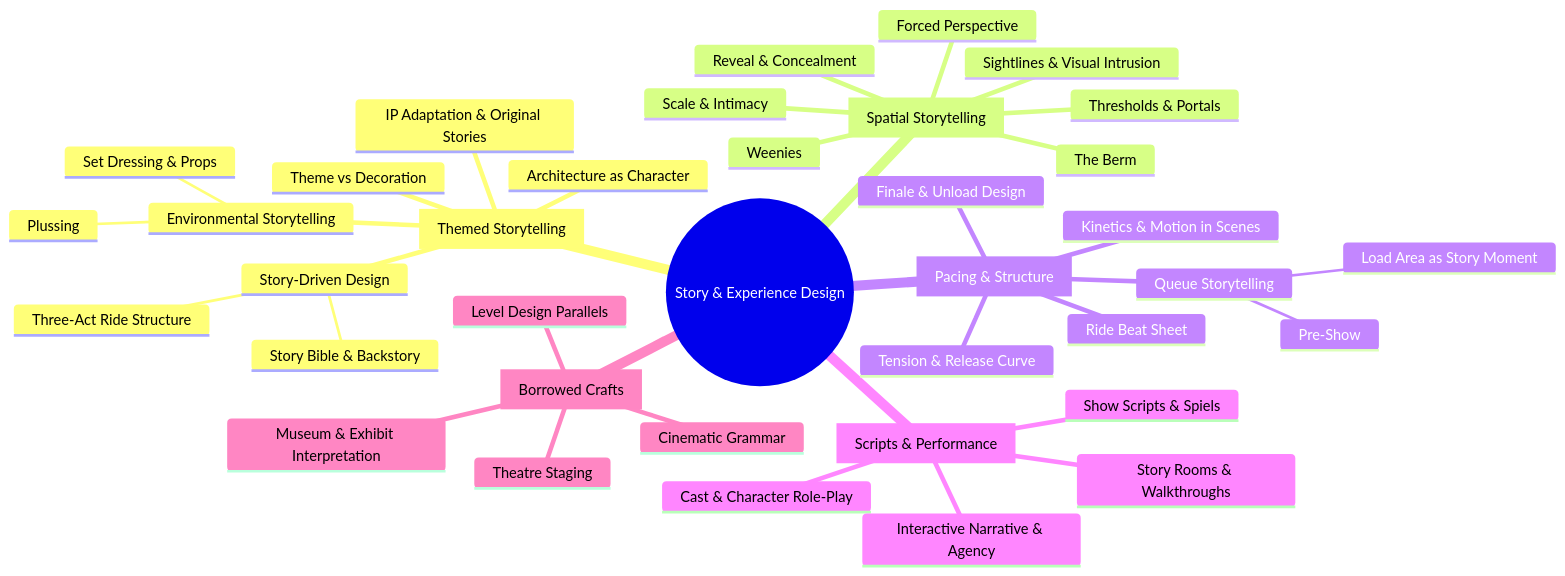
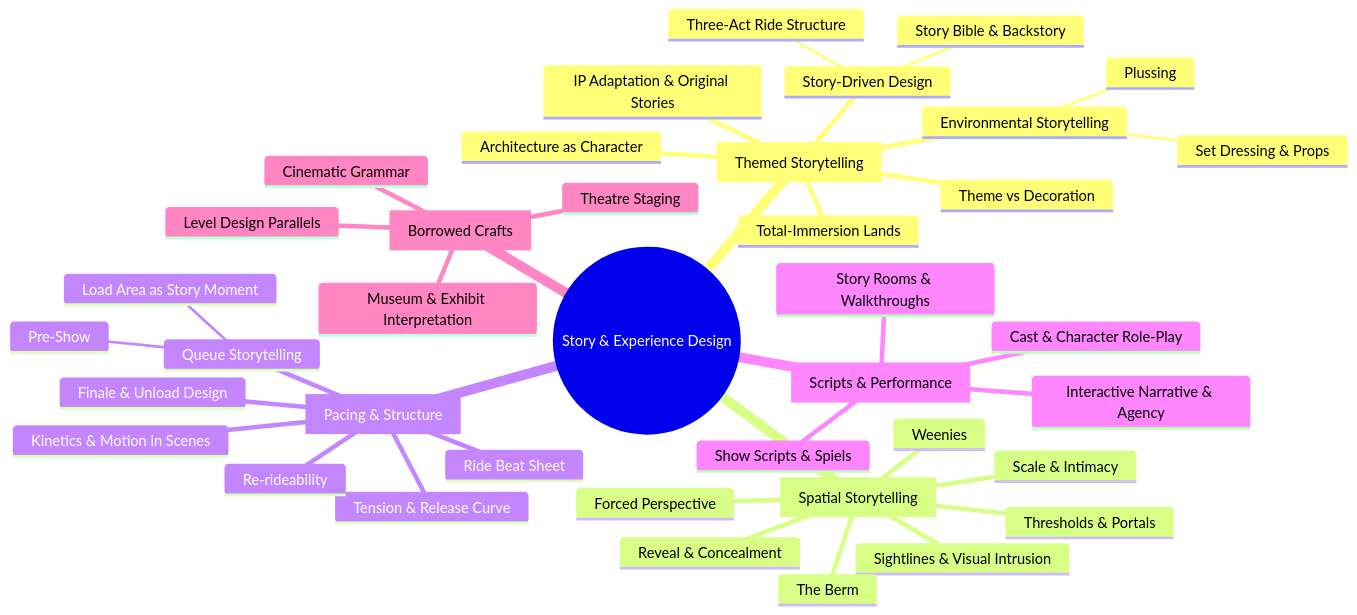
One commit to harsh20k/theme-park-ride-design changed the diagram in content/mindmaps/story-experience.md. Above: the diagram before and after it, drawn with Mermaid. The commit also changed 41 other files, not shown here.

````diff
--- a/content/mindmaps/story-experience.md
+++ b/content/mindmaps/story-experience.md
@@ -3,40 +3,42 @@
 ```mermaid
 mindmap
   root((Story & Experience Design))
     themed_storytelling[Themed Storytelling]
       Story-Driven Design
         Story Bible & Backstory
         Three-Act Ride Structure
       Environmental Storytelling
         Set Dressing & Props
         Plussing
       IP Adaptation & Original Stories
       Theme vs Decoration
       Architecture as Character
+      Total-Immersion Lands
     spatial_storytelling[Spatial Storytelling]
       Weenies
       Forced Perspective
       Sightlines & Visual Intrusion
       The Berm
       Thresholds & Portals
       Reveal & Concealment
       Scale & Intimacy
     pacing_and_structure[Pacing & Structure]
       Queue Storytelling
         Pre-Show
         Load Area as Story Moment
       Ride Beat Sheet
       Tension & Release Curve
       Finale & Unload Design
       Kinetics & Motion in Scenes
+      Re-rideability
     scripts_and_performance[Scripts & Performance]
       Show Scripts & Spiels
       Cast & Character Role-Play
       Interactive Narrative & Agency
       Story Rooms & Walkthroughs
     borrowed_crafts[Borrowed Crafts]
       Cinematic Grammar
       Level Design Parallels
       Theatre Staging
       Museum & Exhibit Interpretation
 ```
````
